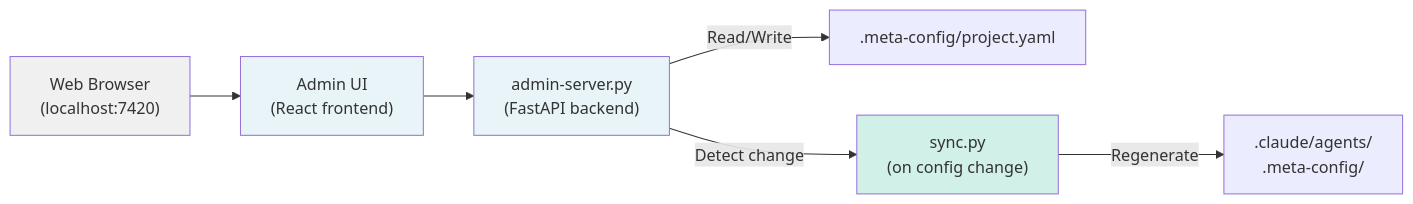
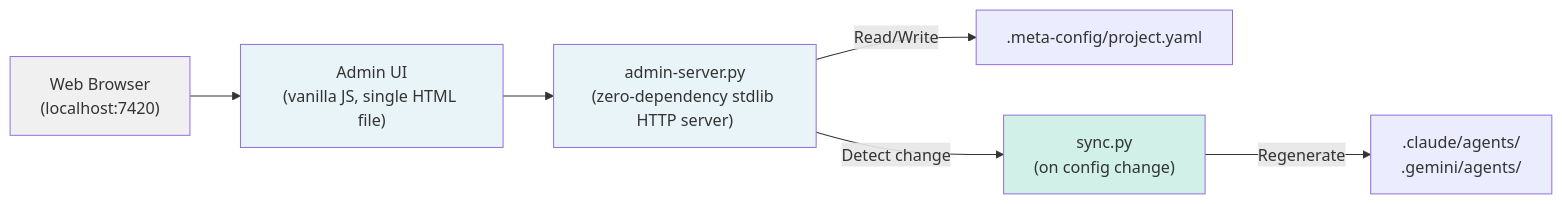
Before and after one commit to Popoboxxo/agent-meta: the second of 2 diagrams in docs/architecture/10-mcp-and-admin-ui.md, drawn with Mermaid. The commit also changed other lines of this file and 3 other files, not shown here.

````diff
--- a/docs/architecture/10-mcp-and-admin-ui.md
+++ b/docs/architecture/10-mcp-and-admin-ui.md
@@ -83,20 +83,20 @@
 ```mermaid
 flowchart LR
     Browser["Web Browser<br/>(localhost:7420)"]
-    AdminUI["Admin UI<br/>(React frontend)"]
-    AdminServer["admin-server.py<br/>(FastAPI backend)"]
+    AdminUI["Admin UI<br/>(vanilla JS, single HTML file)"]
+    AdminServer["admin-server.py<br/>(zero-dependency stdlib HTTP server)"]
     ProjectYAML[".meta-config/project.yaml"]
     SyncPy["sync.py<br/>(on config change)"]
-    Agents[".claude/agents/<br/>.meta-config/"]
+    Agents[".claude/agents/<br/>.gemini/agents/"]
     
     Browser --> AdminUI
     AdminUI --> AdminServer
     AdminServer -->|Read/Write| ProjectYAML
     AdminServer -->|Detect change| SyncPy
     SyncPy -->|Regenerate| Agents
     
     style Browser fill:#f0f0f0
     style AdminUI fill:#e8f4f8
     style AdminServer fill:#e8f4f8
     style SyncPy fill:#d0f0e8
 ```
````
